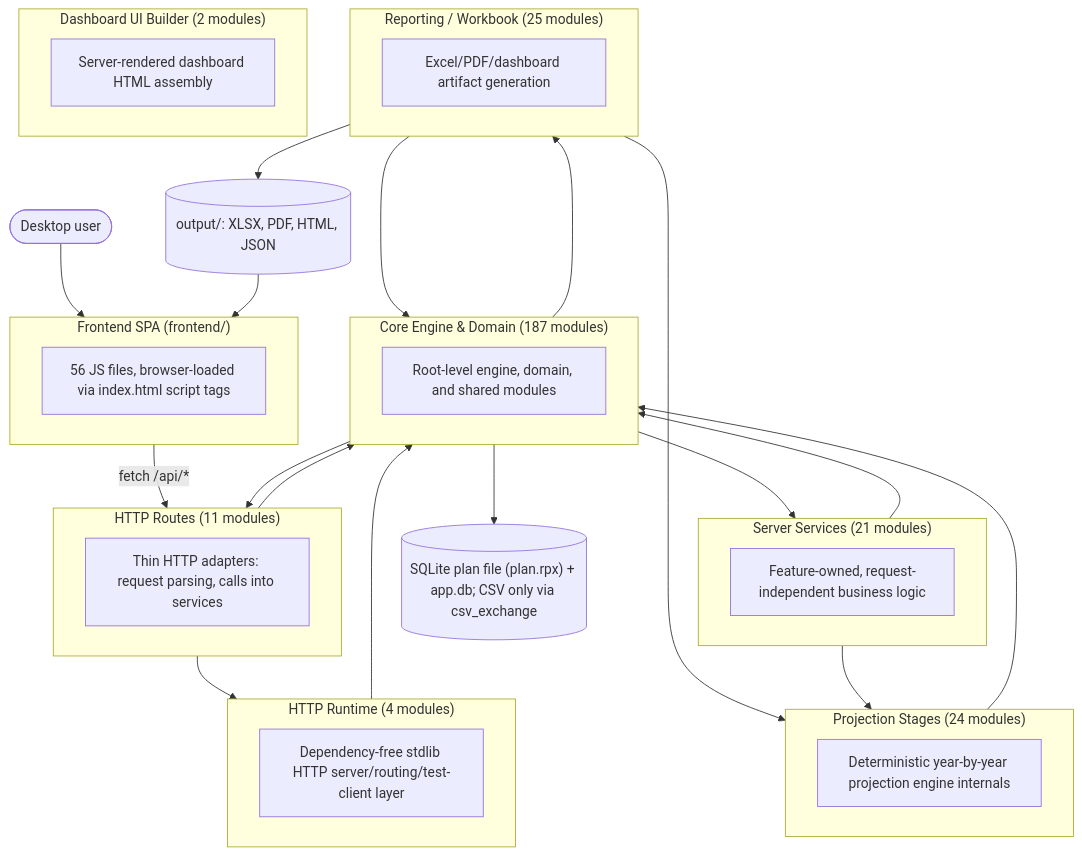
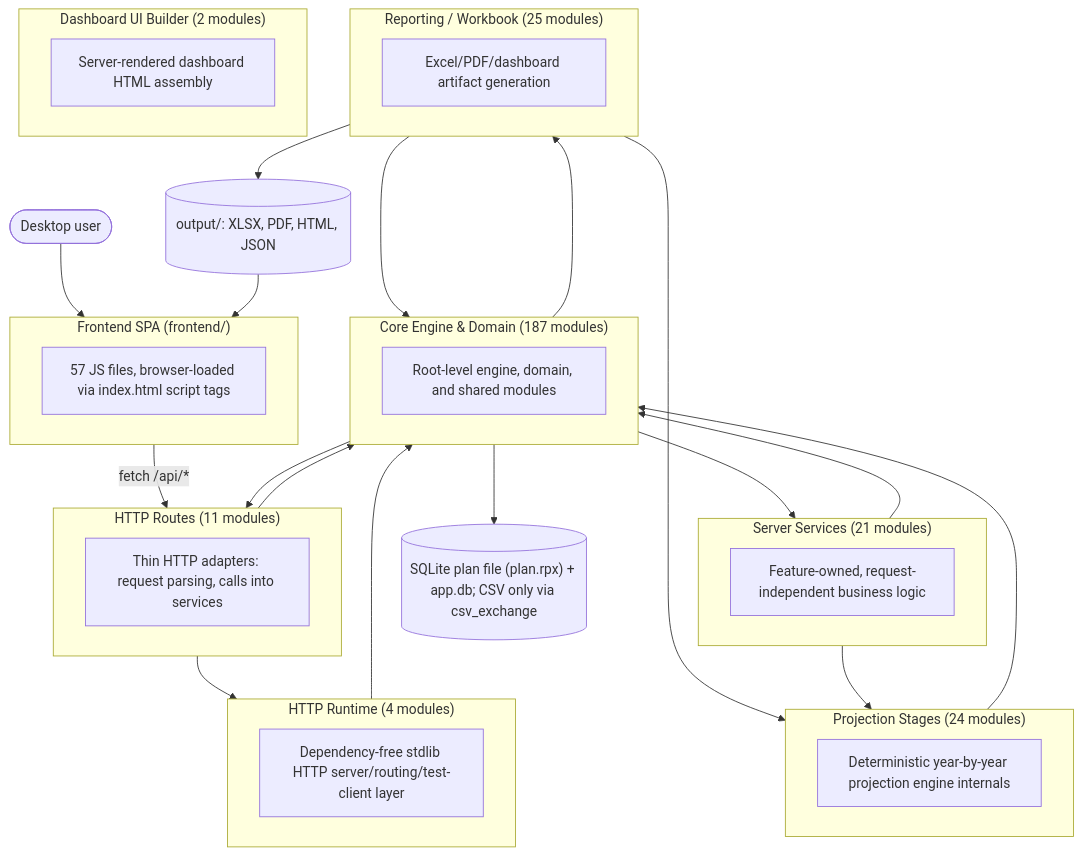
The first of 2 diagrams in documentation/reference/SYSTEM_ARCHITECTURE_DIAGRAM.md (matthartzman/retirement_system), drawn with Mermaid before and after one commit. The commit also changed other lines of this file and 10 other files, not shown here.

````diff
--- a/documentation/reference/SYSTEM_ARCHITECTURE_DIAGRAM.md
+++ b/documentation/reference/SYSTEM_ARCHITECTURE_DIAGRAM.md
@@ -11,43 +11,43 @@
 ```mermaid
 flowchart TB
     User(["Desktop user"]) --> FE
     subgraph FE["Frontend SPA (frontend/)"]
-        FEcount["56 JS files, browser-loaded via index.html script tags"]
+        FEcount["57 JS files, browser-loaded via index.html script tags"]
     end
     FE -->|fetch /api/*| L_HTTP_Routes
     subgraph L_HTTP_Routes["HTTP Routes (11 modules)"]
         L_HTTP_Routes_d["Thin HTTP adapters: request parsing, calls into services"]
     end
     subgraph L_Server_Services["Server Services (21 modules)"]
         L_Server_Services_d["Feature-owned, request-independent business logic"]
     end
     subgraph L_HTTP_Runtime["HTTP Runtime (4 modules)"]
         L_HTTP_Runtime_d["Dependency-free stdlib HTTP server/routing/test-client layer"]
     end
     subgraph L_Core_Engine___Domain["Core Engine & Domain (187 modules)"]
         L_Core_Engine___Domain_d["Root-level engine, domain, and shared modules"]
     end
     subgraph L_Projection_Stages["Projection Stages (24 modules)"]
         L_Projection_Stages_d["Deterministic year-by-year projection engine internals"]
     end
     subgraph L_Reporting___Workbook["Reporting / Workbook (25 modules)"]
         L_Reporting___Workbook_d["Excel/PDF/dashboard artifact generation"]
     end
     subgraph L_Dashboard_UI_Builder["Dashboard UI Builder (2 modules)"]
         L_Dashboard_UI_Builder_d["Server-rendered dashboard HTML assembly"]
     end
     L_Core_Engine___Domain --> L_HTTP_Routes
     L_Core_Engine___Domain --> L_Reporting___Workbook
     L_Core_Engine___Domain --> L_Server_Services
     L_HTTP_Routes --> L_Core_Engine___Domain
     L_HTTP_Routes --> L_HTTP_Runtime
     L_HTTP_Runtime --> L_Core_Engine___Domain
     L_Projection_Stages --> L_Core_Engine___Domain
     L_Reporting___Workbook --> L_Core_Engine___Domain
     L_Reporting___Workbook --> L_Projection_Stages
     L_Server_Services --> L_Core_Engine___Domain
     L_Server_Services --> L_Projection_Stages
     L_Core_Engine___Domain --> DB[("SQLite plan file (plan.rpx) + app.db; CSV only via csv_exchange")]
     L_Reporting___Workbook --> Outputs[("output/: XLSX, PDF, HTML, JSON")]
     Outputs --> FE
 ```
````
